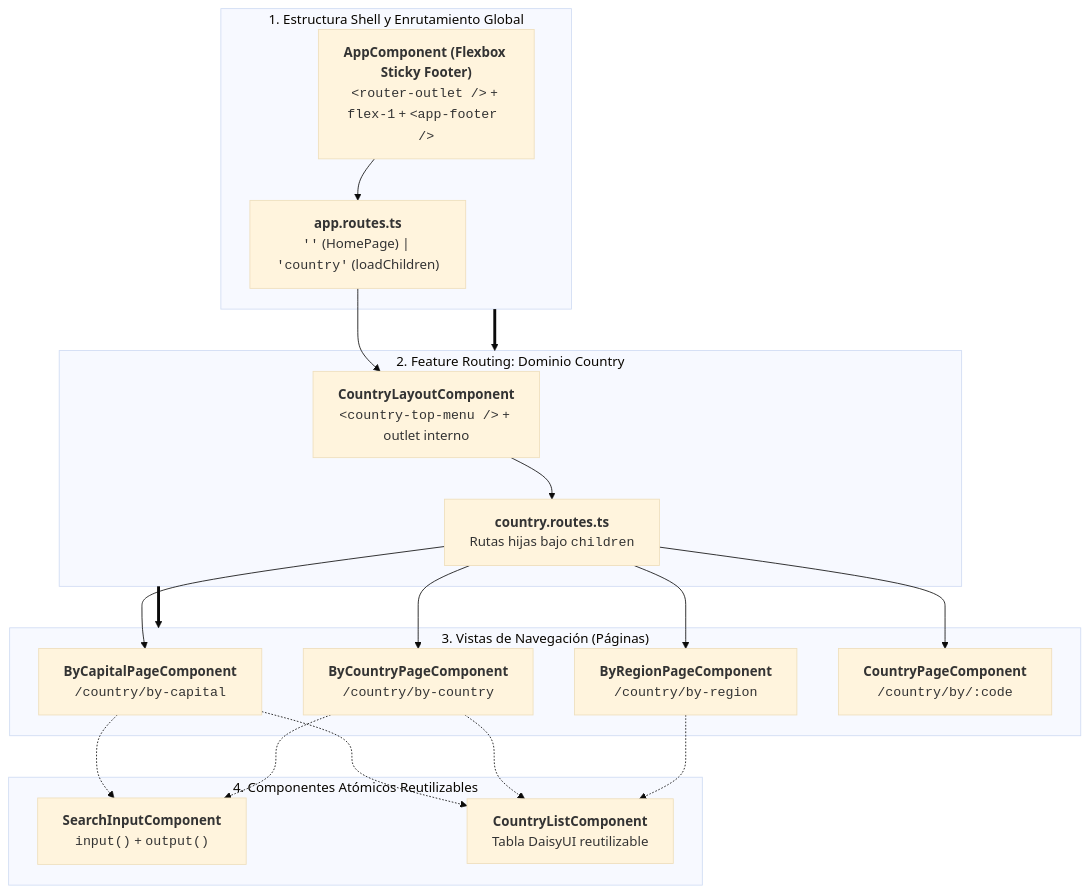
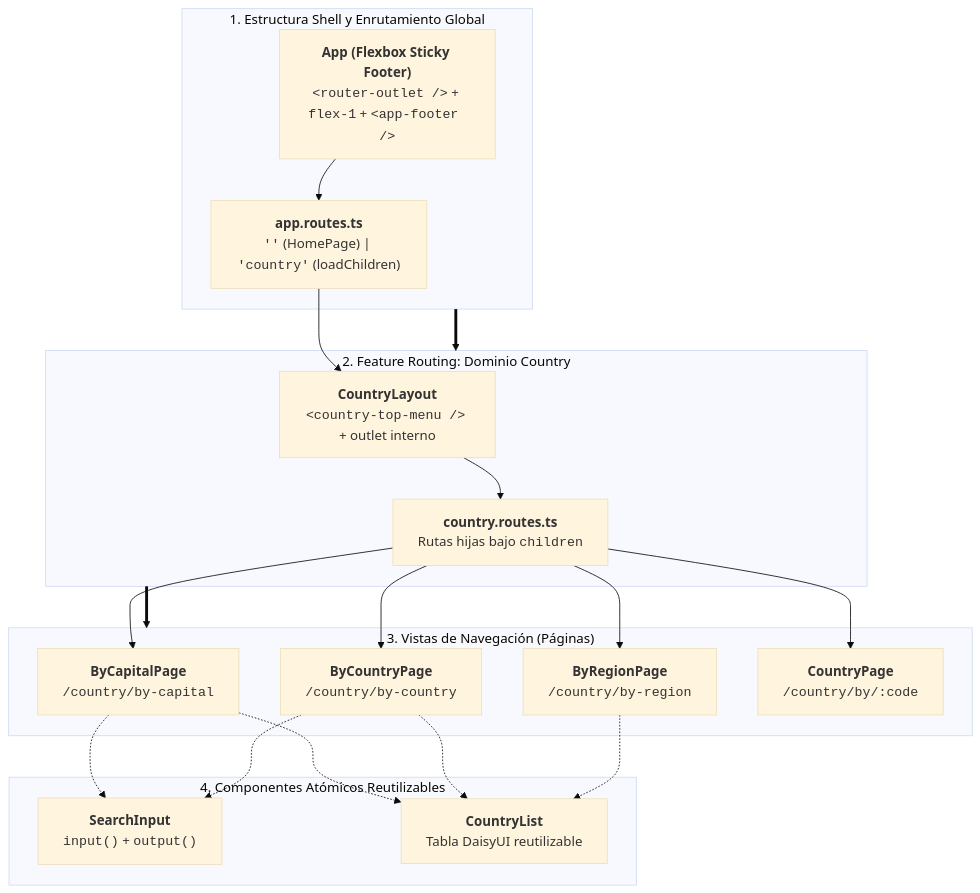
One commit to Jose-Quesada/materiales_angular changed the diagram in docs/09-country-spa.md. Above: the diagram before and after it, drawn with Mermaid (base theme). The commit also changed other lines of this file and 67 other files, not shown here.

````diff
--- a/docs/09-country-spa.md
+++ b/docs/09-country-spa.md
@@ -23,28 +23,28 @@
 ``` mermaid
 flowchart TD
     subgraph Shell ["1. Estructura Shell y Enrutamiento Global"]
-        AppHtml["<b>AppComponent (Flexbox Sticky Footer)</b><br/><code>&lt;router-outlet /&gt;</code> + <code>flex-1</code> + <code>&lt;app-footer /&gt;</code>"] --> AppRoutes["<b>app.routes.ts</b><br/><code>''</code> (HomePage) | <code>'country'</code> (loadChildren)"]
+        AppHtml["<b>App (Flexbox Sticky Footer)</b><br/><code>&lt;router-outlet /&gt;</code> + <code>flex-1</code> + <code>&lt;app-footer /&gt;</code>"] --> AppRoutes["<b>app.routes.ts</b><br/><code>''</code> (HomePage) | <code>'country'</code> (loadChildren)"]
     end
 
     subgraph FeatureRouting ["2. Feature Routing: Dominio Country"]
-        AppRoutes --> Layout["<b>CountryLayoutComponent</b><br/><code>&lt;country-top-menu /&gt;</code> + outlet interno"]
+        AppRoutes --> Layout["<b>CountryLayout</b><br/><code>&lt;country-top-menu /&gt;</code> + outlet interno"]
         Layout --> CRoutes["<b>country.routes.ts</b><br/>Rutas hijas bajo <code>children</code>"]
     end
 
     subgraph Pages ["3. Vistas de Navegación (Páginas)"]
-        CRoutes --> P1["<b>ByCapitalPageComponent</b><br/><code>/country/by-capital</code>"]
-        CRoutes --> P2["<b>ByCountryPageComponent</b><br/><code>/country/by-country</code>"]
-        CRoutes --> P3["<b>ByRegionPageComponent</b><br/><code>/country/by-region</code>"]
-        CRoutes --> P4["<b>CountryPageComponent</b><br/><code>/country/by/:code</code>"]
+        CRoutes --> P1["<b>ByCapitalPage</b><br/><code>/country/by-capital</code>"]
+        CRoutes --> P2["<b>ByCountryPage</b><br/><code>/country/by-country</code>"]
+        CRoutes --> P3["<b>ByRegionPage</b><br/><code>/country/by-region</code>"]
+        CRoutes --> P4["<b>CountryPage</b><br/><code>/country/by/:code</code>"]
     end
 
     subgraph Reusable ["4. Componentes Atómicos Reutilizables"]
-        P1 -.-> Search["<b>SearchInputComponent</b><br/><code>input()</code> + <code>output()</code>"]
-        P1 -.-> List["<b>CountryListComponent</b><br/>Tabla DaisyUI reutilizable"]
+        P1 -.-> Search["<b>SearchInput</b><br/><code>input()</code> + <code>output()</code>"]
+        P1 -.-> List["<b>CountryList</b><br/>Tabla DaisyUI reutilizable"]
         P2 -.-> Search
         P2 -.-> List
         P3 -.-> List
     end
 
     Shell ==> FeatureRouting ==> Pages
 ```
````
